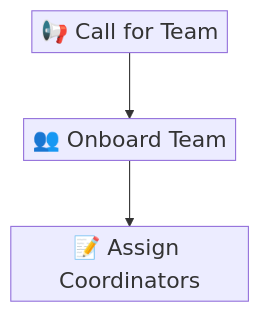
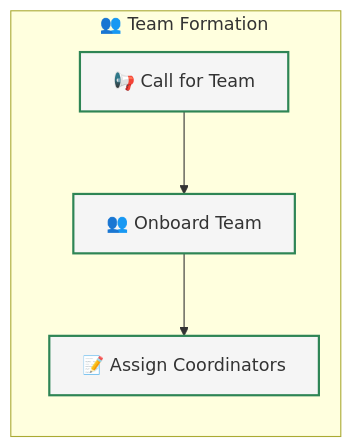
The first of 5 diagrams in docs/lightning-talks/processes/project-workflow.md (CBID2/VC-Community-Docs), drawn with Mermaid before and after one commit. The commit also changed other lines of this file and 3 other files, not shown here.

First line of the commit message:
style: update Mermaid diagrams and section styling for consistency

````diff
--- a/docs/lightning-talks/processes/project-workflow.md
+++ b/docs/lightning-talks/processes/project-workflow.md
@@ -42,6 +42,16 @@
 ```mermaid
-%%{init: { "themeVariables": { "fontSize": "20px" }, "flowchart": { "nodeSpacing": 50, "rankSpacing": 60, "padding": 4 } } }%%
-flowchart TB
-  A1[📢 Call for Team] --> A2[👥 Onboard Team]
-  A2 --> A3[📝 Assign Coordinators]
+flowchart LR
+  %% Left Column - Team Formation
+  subgraph A[👥 Team Formation]
+    A1[📢 Call for Team] --> A2[👥 Onboard Team]
+    A2 --> A3[📝 Assign Coordinators]
+  end
+
+  %% Styling
+  classDef default fill:#f5f5f5,stroke:#2e8555,stroke-width:2px,color:#333;
+  classDef process fill:#e6f3ed,stroke:#2e8555,stroke-width:2px,color:#333;
+  class A process;
+  
+  %% Adjust width to match other sections
+  style A width: 300px
 ```
````
